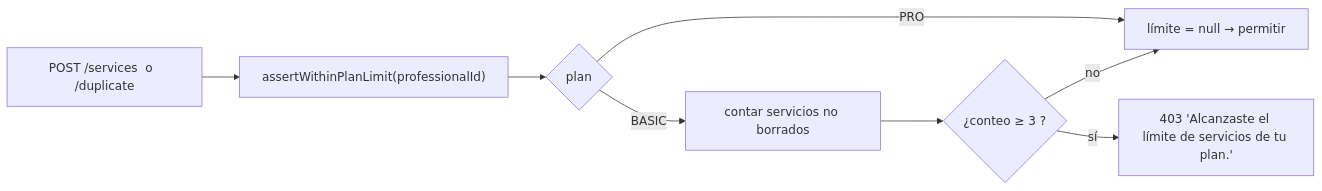
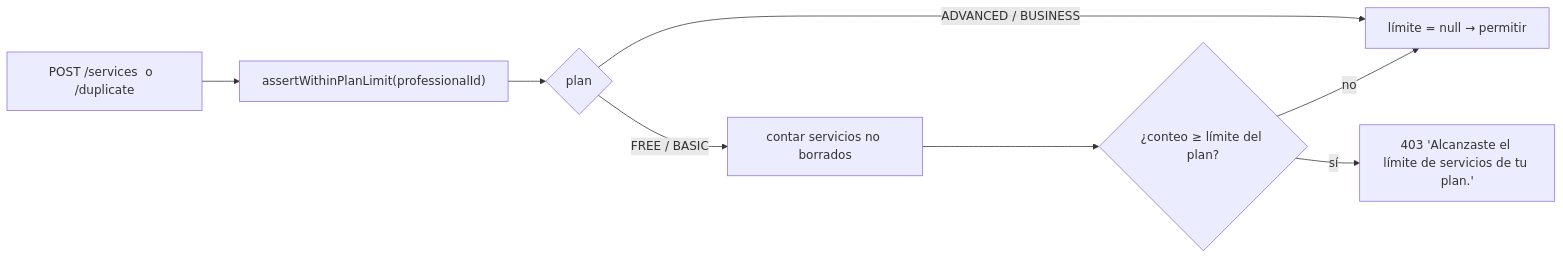
One commit to Emberalab/Agendya changed the second of 2 diagrams in docs/src/content/docs/features/services.md. Above: the diagram before and after it, drawn with Mermaid. The commit also changed 60 other files, not shown here.

````diff
--- a/docs/src/content/docs/features/services.md
+++ b/docs/src/content/docs/features/services.md
@@ -57,10 +57,10 @@
 ```mermaid
 flowchart LR
   C["POST /services  o  /duplicate"] --> A["assertWithinPlanLimit(professionalId)"]
   A --> P{"plan"}
-  P -->|PRO| OK["límite = null → permitir"]
-  P -->|BASIC| N["contar servicios no borrados"]
-  N --> G{"¿conteo ≥ 3 ?"}
+  P -->|ADVANCED / BUSINESS| OK["límite = null → permitir"]
+  P -->|FREE / BASIC| N["contar servicios no borrados"]
+  N --> G{"¿conteo ≥ límite del plan?"}
   G -->|sí| E["403 'Alcanzaste el límite de servicios de tu plan.'"]
   G -->|no| OK
 ```
````
